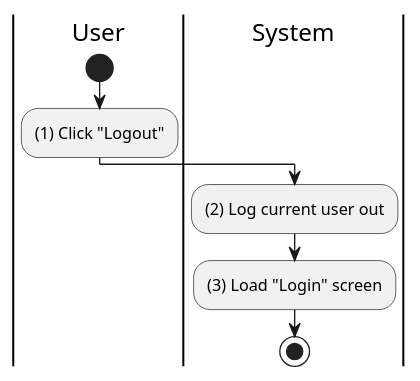
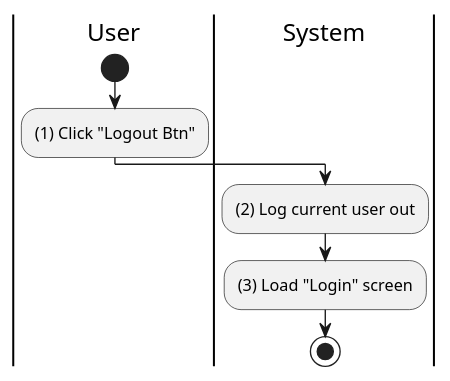
One commit to phihungha/scmss-reqs changed the diagram in activities/my-account-logout.plantuml. Above: the diagram before and after it, drawn with PlantUML. The commit also changed 71 other files, not shown here.

Commit message:
Update activity diagrams

```diff
--- a/activities/my-account-logout.plantuml
+++ b/activities/my-account-logout.plantuml
@@ -1,13 +1,13 @@
 @startuml my-account-logout
 |u|User
 |s|System
 
 |u|
 start
-:(1) Click "Logout";
+:(1) Click "Logout Btn";
 
 |s|
 :(2) Log current user out;
 :(3) Load "Login" screen;
 stop
 @enduml
```
